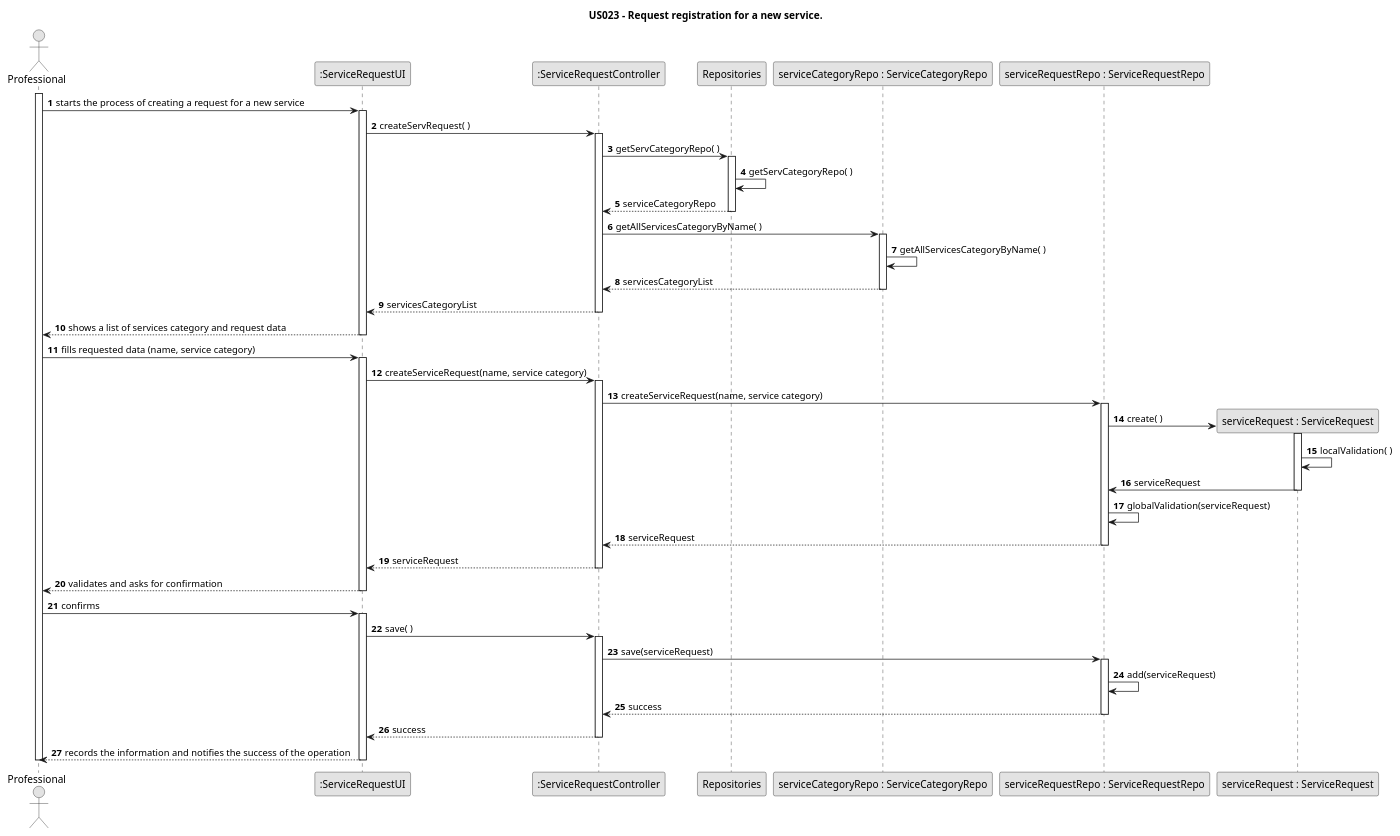
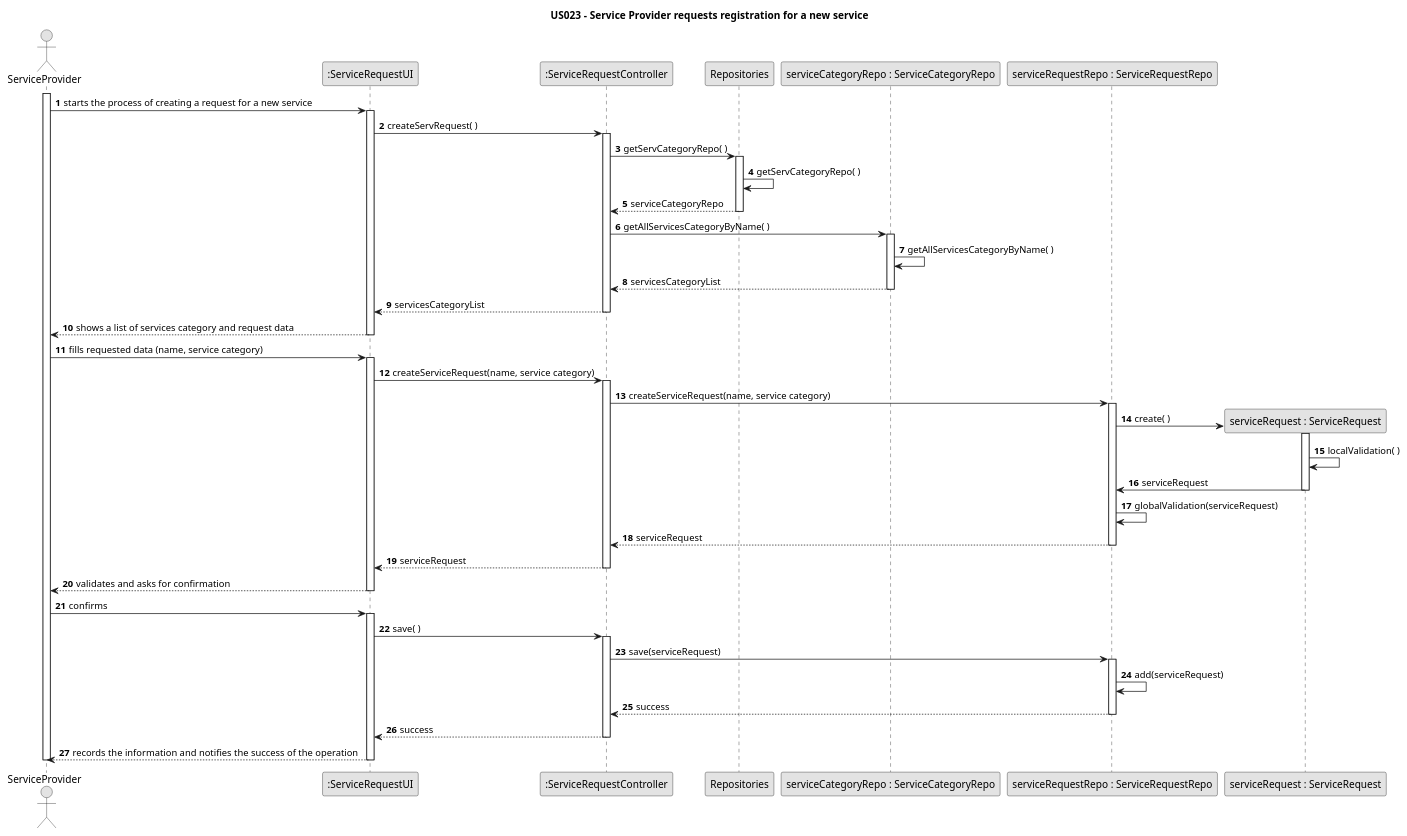
One commit to tbarracha/Upskill-Sprint-2-Gladly-Given changed the diagram in javaSprint2GladlyGiven/Docs/UseCases/uc023/design/uc023-DesignDiagram.puml. Above: the diagram before and after it, drawn with PlantUML. The commit also changed 30 other files, not shown here.

```diff
--- a/javaSprint2GladlyGiven/Docs/UseCases/uc023/design/uc023-DesignDiagram.puml
+++ b/javaSprint2GladlyGiven/Docs/UseCases/uc023/design/uc023-DesignDiagram.puml
@@ -1,70 +1,70 @@
 @startuml
 skinparam monochrome true
 skinparam packageStyle rectangle
 skinparam shadowing false
 
-title US023 - Request registration for a new service.
+title US023 - Service Provider requests registration for a new service
 
 autonumber
 
-actor Professional as prof
+actor ServiceProvider as sp
 participant ":ServiceRequestUI" as ui
 participant ":ServiceRequestController" as ctrl
 participant Repositories as repo
 participant "serviceCategoryRepo : ServiceCategoryRepo" as serviceCatRepo
 participant "serviceRequestRepo : ServiceRequestRepo" as serviceReqRepo
 participant "serviceRequest : ServiceRequest" as serviceReq
 
-activate prof
-    prof -> ui : starts the process of creating a request for a new service
+activate sp
+    sp -> ui : starts the process of creating a request for a new service
     activate ui
         ui -> ctrl : createServRequest( )
         activate ctrl
             ctrl -> repo : getServCategoryRepo( )
             activate repo
                 repo -> repo : getServCategoryRepo( )
                 repo --> ctrl : serviceCategoryRepo
             deactivate repo
             ctrl -> serviceCatRepo : getAllServicesCategoryByName( )
             activate serviceCatRepo
                 serviceCatRepo -> serviceCatRepo : getAllServicesCategoryByName( )
                 serviceCatRepo --> ctrl : servicesCategoryList
             deactivate serviceCatRepo
             ctrl --> ui : servicesCategoryList
         deactivate ctrl
-        ui --> prof : shows a list of services category and request data
+        ui --> sp : shows a list of services category and request data
     deactivate ui
-    prof -> ui : fills requested data (name, service category)
+    sp -> ui : fills requested data (name, service category)
     activate ui
         ui -> ctrl : createServiceRequest(name, service category)
         activate ctrl
             ctrl -> serviceReqRepo : createServiceRequest(name, service category)
             activate serviceReqRepo
                 serviceReqRepo -> serviceReq** : create( )
                 activate serviceReq
                     serviceReq -> serviceReq : localValidation( )
                     serviceReq -> serviceReqRepo : serviceRequest
                 deactivate serviceReq
                 serviceReqRepo -> serviceReqRepo : globalValidation(serviceRequest)
                 serviceReqRepo --> ctrl : serviceRequest
             deactivate serviceReqRepo
             ctrl --> ui : serviceRequest
         deactivate ctrl
-        ui --> prof : validates and asks for confirmation
+        ui --> sp : validates and asks for confirmation
     deactivate ui
-    prof -> ui : confirms
+    sp -> ui : confirms
     activate ui
         ui -> ctrl : save( )
         activate ctrl
             ctrl -> serviceReqRepo : save(serviceRequest)
             activate serviceReqRepo
                 serviceReqRepo -> serviceReqRepo : add(serviceRequest)
                 serviceReqRepo --> ctrl : success
             deactivate serviceReqRepo
             ctrl --> ui : success
         deactivate ctrl
-        ui --> prof : records the information and notifies the success of the operation
+        ui --> sp : records the information and notifies the success of the operation
     deactivate ui
-deactivate prof
+deactivate sp
 
 @enduml
```
